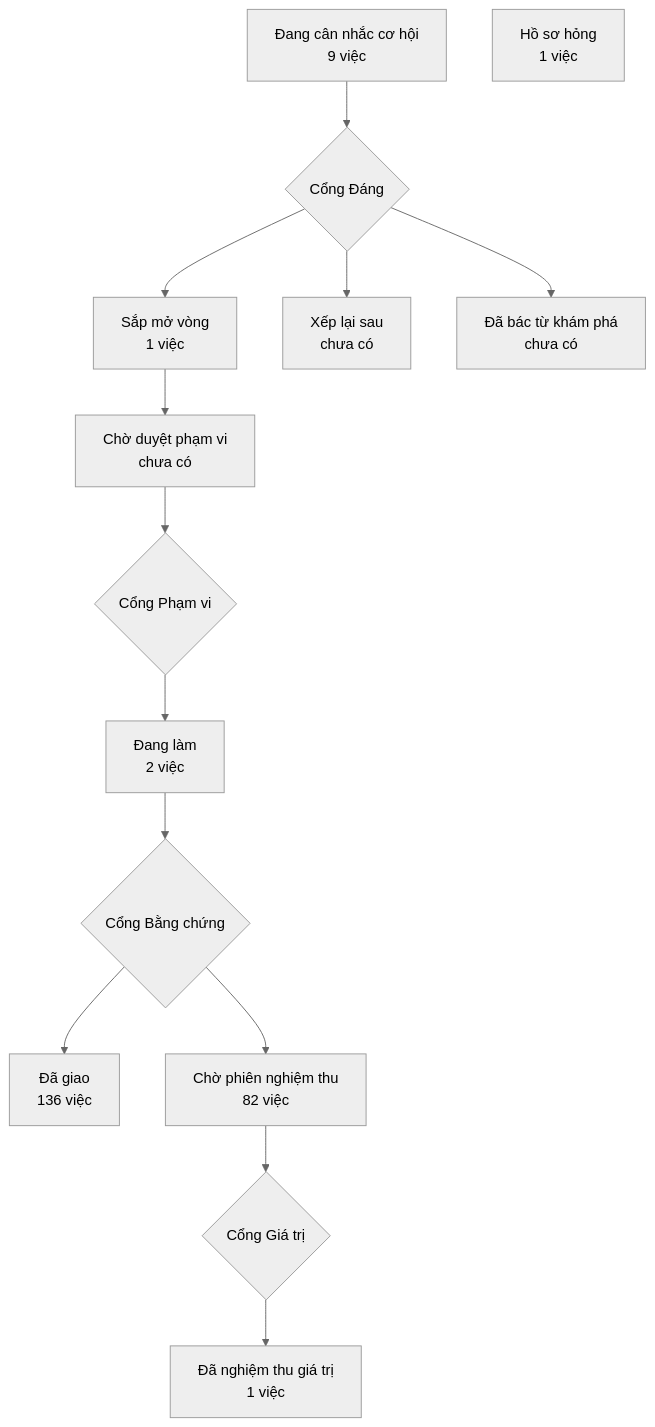
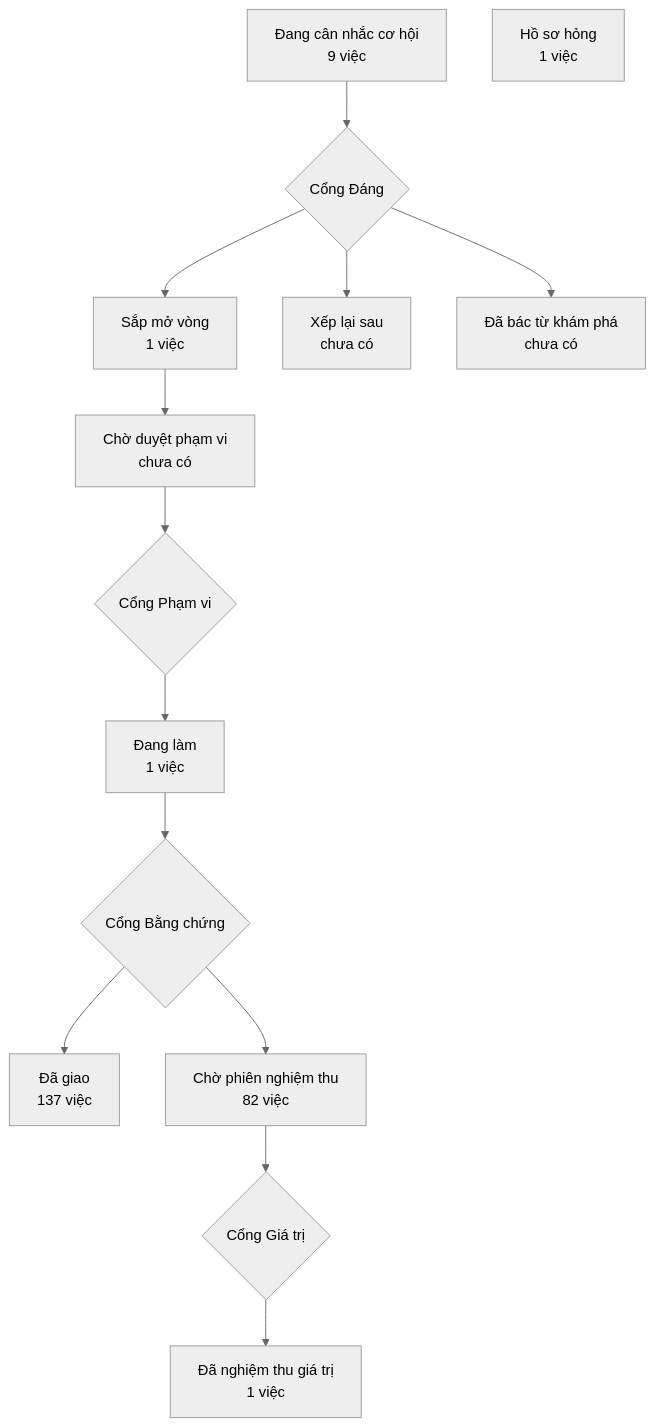
One commit to phanlemanh/crm-onehub changed the diagram in PRODUCT-MAP.md. Above: the diagram before and after it, drawn with Mermaid (neutral theme). The commit also changed 4 other files, not shown here.

````diff
--- a/PRODUCT-MAP.md
+++ b/PRODUCT-MAP.md
@@ -7,13 +7,13 @@
 ```mermaid
 flowchart TD
   A["Đang cân nhắc cơ hội<br/>9 việc"] --> GD{"Cổng Đáng"}
   GD --> B["Sắp mở vòng<br/>1 việc"]
   GD --> XL["Xếp lại sau<br/>chưa có"]
   GD --> DB["Đã bác từ khám phá<br/>chưa có"]
   B --> CD["Chờ duyệt phạm vi<br/>chưa có"] --> GP{"Cổng Phạm vi"}
-  GP --> DL["Đang làm<br/>2 việc"] --> GB{"Cổng Bằng chứng"}
-  GB --> DG["Đã giao<br/>136 việc"]
+  GP --> DL["Đang làm<br/>1 việc"] --> GB{"Cổng Bằng chứng"}
+  GB --> DG["Đã giao<br/>137 việc"]
   GB --> CN["Chờ phiên nghiệm thu<br/>82 việc"] --> GG{"Cổng Giá trị"}
   GG --> NT["Đã nghiệm thu giá trị<br/>1 việc"]
   HS["Hồ sơ hỏng<br/>1 việc"]
 ```
````
